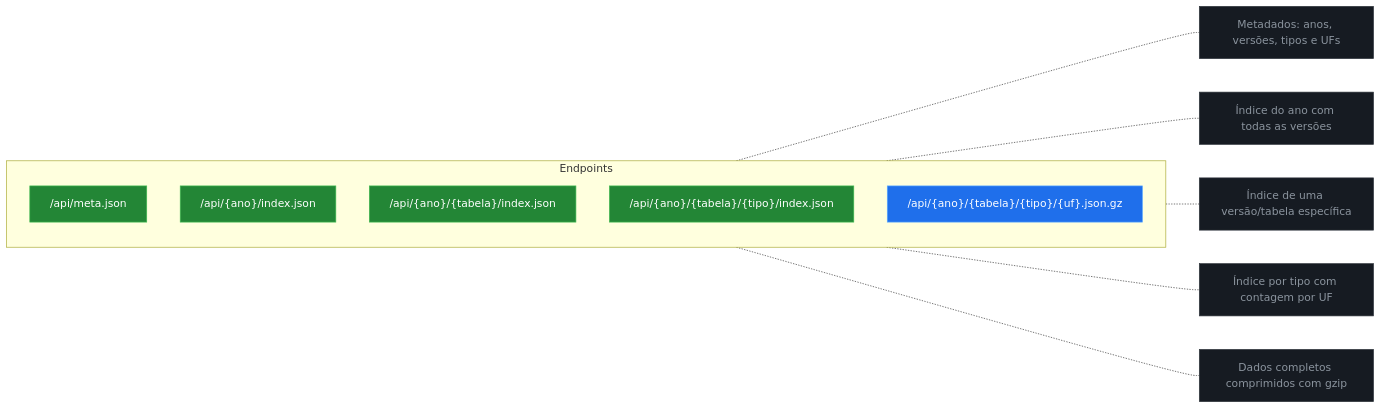
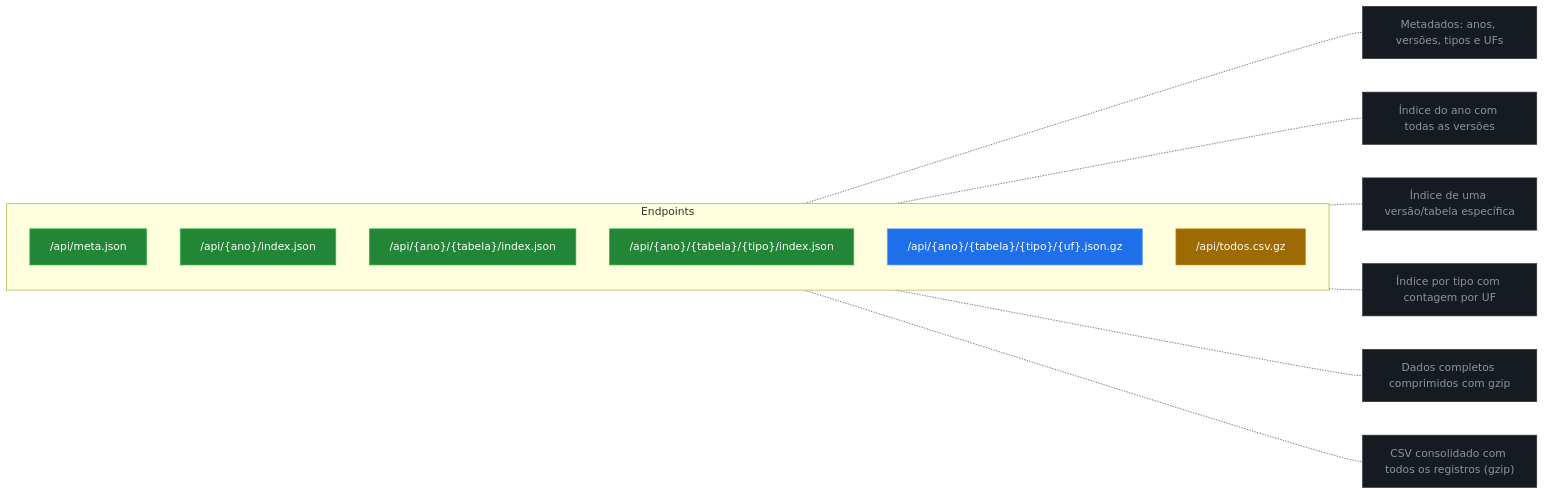
One commit to luizinhoh2o1/tabelas-ibpt changed the second of 7 diagrams in README.md. Above: the diagram before and after it, drawn with Mermaid. The commit also changed other lines of this file and 3 other files, not shown here.

````diff
--- a/README.md
+++ b/README.md
@@ -91,28 +91,32 @@
 ```mermaid
 graph LR
     subgraph Endpoints
         direction TB
         E1["/api/meta.json"]
         E2["/api/{ano}/index.json"]
         E3["/api/{ano}/{tabela}/index.json"]
         E4["/api/{ano}/{tabela}/{tipo}/index.json"]
         E5["/api/{ano}/{tabela}/{tipo}/{uf}.json.gz"]
+        E6["/api/todos.csv.gz"]
     end
 
     E1 -.- D1["Metadados: anos, versões, tipos e UFs"]
     E2 -.- D2["Índice do ano com todas as versões"]
     E3 -.- D3["Índice de uma versão/tabela específica"]
     E4 -.- D4["Índice por tipo com contagem por UF"]
     E5 -.- D5["Dados completos comprimidos com gzip"]
+    E6 -.- D6["CSV consolidado com todos os registros (gzip)"]
 
     style E1 fill:#238636,stroke:#3fb950,color:#fff
     style E2 fill:#238636,stroke:#3fb950,color:#fff
     style E3 fill:#238636,stroke:#3fb950,color:#fff
     style E4 fill:#238636,stroke:#3fb950,color:#fff
     style E5 fill:#1f6feb,stroke:#58a6ff,color:#fff
+    style E6 fill:#9e6a03,stroke:#d29922,color:#fff
     style D1 fill:#161b22,stroke:#30363d,color:#8b949e
     style D2 fill:#161b22,stroke:#30363d,color:#8b949e
     style D3 fill:#161b22,stroke:#30363d,color:#8b949e
     style D4 fill:#161b22,stroke:#30363d,color:#8b949e
     style D5 fill:#161b22,stroke:#30363d,color:#8b949e
+    style D6 fill:#161b22,stroke:#30363d,color:#8b949e
 ```
````
